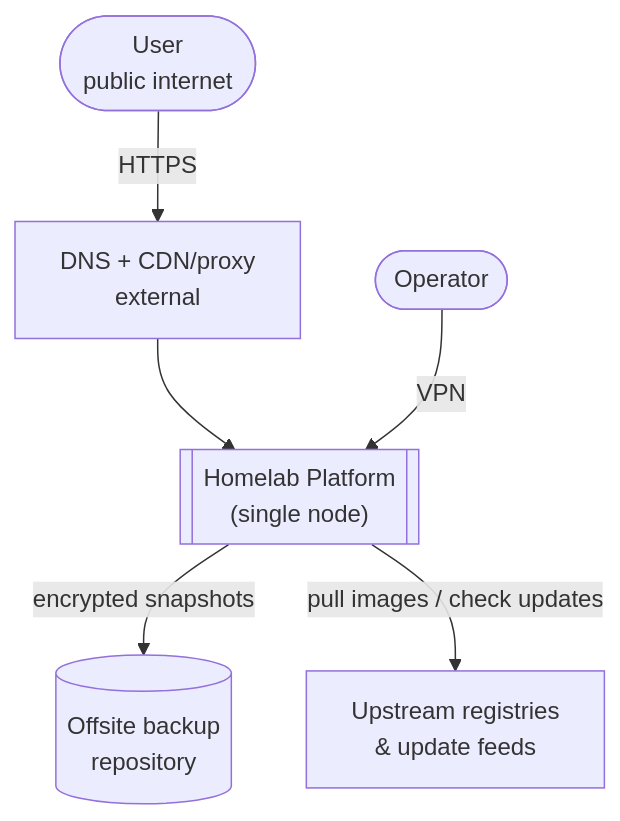
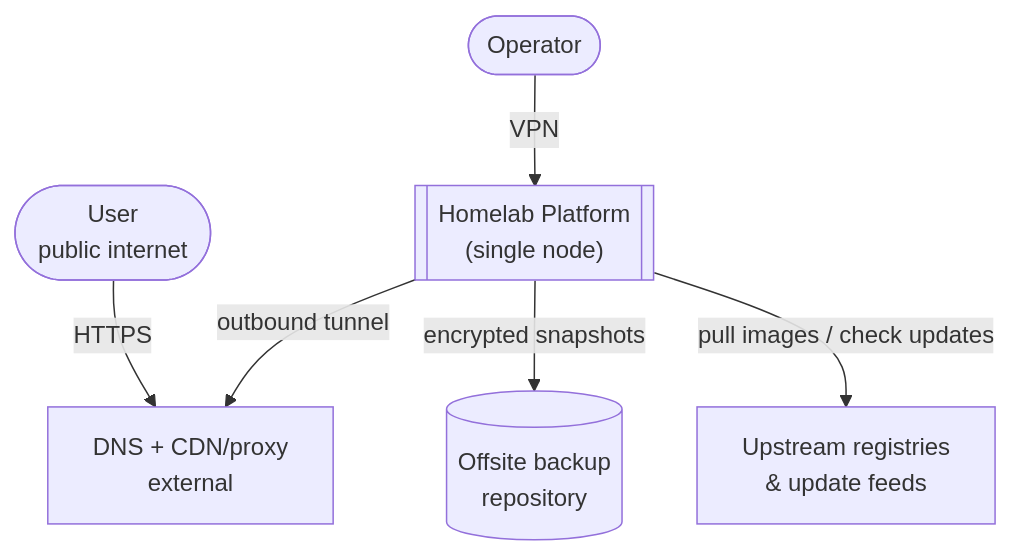
The first of 3 diagrams in docs/02-architecture.md (MarioLealP/homelab-platform-blueprint), drawn with Mermaid before and after one commit. The commit also changed other lines of this file and 13 other files, not shown here.

````diff
--- a/docs/02-architecture.md
+++ b/docs/02-architecture.md
@@ -9,15 +9,16 @@
 ```mermaid
 flowchart TB
     user([User<br/>public internet])
     operator([Operator])
     dns[DNS + CDN/proxy<br/>external]
     offsite[(Offsite backup<br/>repository)]
     upstream[Upstream registries<br/>&amp; update feeds]
 
     platform[["Homelab Platform<br/>(single node)"]]
 
-    user -->|HTTPS| dns --> platform
+    platform -->|outbound tunnel| dns
+    user -->|HTTPS| dns
     operator -->|VPN| platform
     platform -->|encrypted snapshots| offsite
     platform -->|pull images / check updates| upstream
 ```
````
